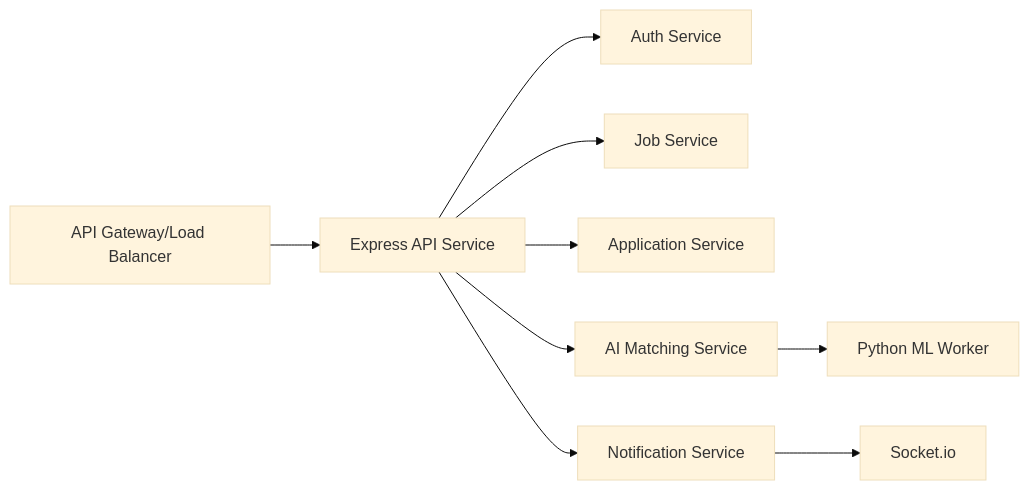
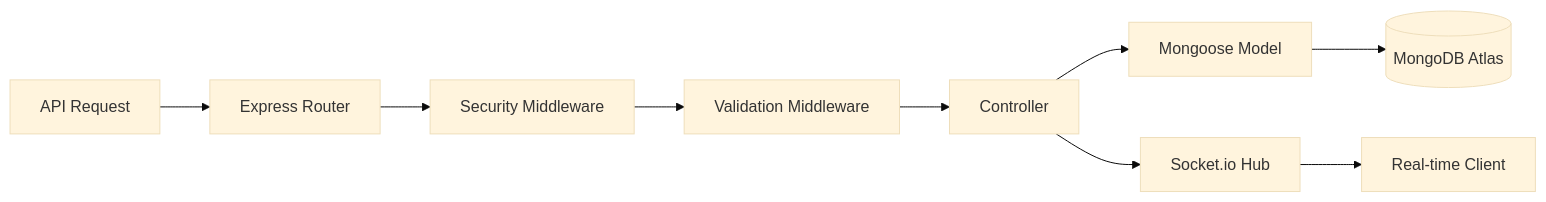
One commit to tendocalvin1/RemoteFlex changed the second of 5 diagrams in RemoteFlex_Documentation.md. Above: the diagram before and after it, drawn with Mermaid (base theme). The commit also changed other lines of this file and 1 other file, not shown here.

````diff
--- a/RemoteFlex_Documentation.md
+++ b/RemoteFlex_Documentation.md
@@ -120,11 +110,11 @@
 ```mermaid
 graph LR
-    A[API Gateway/Load Balancer] --> B[Express API Service]
-    B --> C[Auth Service]
-    B --> D[Job Service]
-    B --> E[Application Service]
-    B --> F[AI Matching Service]
-    F --> G[Python ML Worker]
-    B --> H[Notification Service]
-    H --> I[Socket.io]
+    A[API Request] --> B[Express Router]
+    B --> C[Security Middleware]
+    C --> D[Validation Middleware]
+    D --> E[Controller]
+    E --> F[Mongoose Model]
+    F --> G[(MongoDB Atlas)]
+    E --> H[Socket.io Hub]
+    H --> I[Real-time Client]
 ```
````
